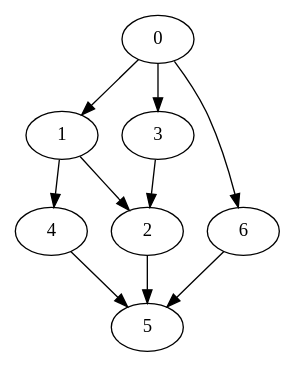
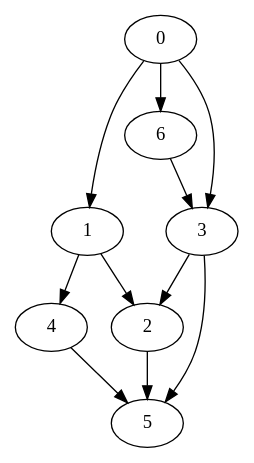
One commit to lejeunel/ksp changed the diagram in examples/example.dot. Above: the diagram before and after it, drawn with Graphviz. The commit also changed 18 other files, not shown here.

```diff
--- a/examples/example.dot
+++ b/examples/example.dot
@@ -1,12 +1,13 @@
 digraph {
   // labelled, weighted edges
   0 -> 1[w="1"];
   0 -> 6[w="7"];
-  1 -> 2[w="1"];
+  6 -> 3[w="0"];
+  3 -> 5[w="0"];
+  1 -> 2[w="-1"];
   2 -> 5[w="1"];
   0 -> 3[w="4"];
   3 -> 2[w="1"];
-  6 -> 5[w="3"];
   1 -> 4[w="3"];
-  4 -> 5[w="-1"];
+  4 -> 5[w="1"];
 }
```
